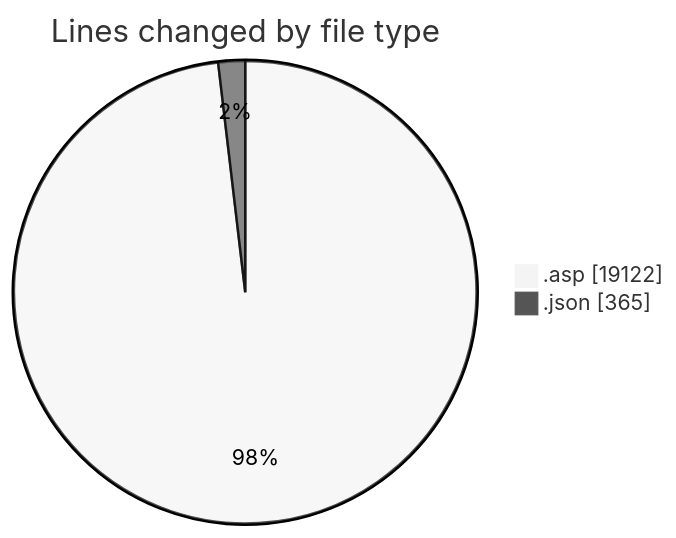
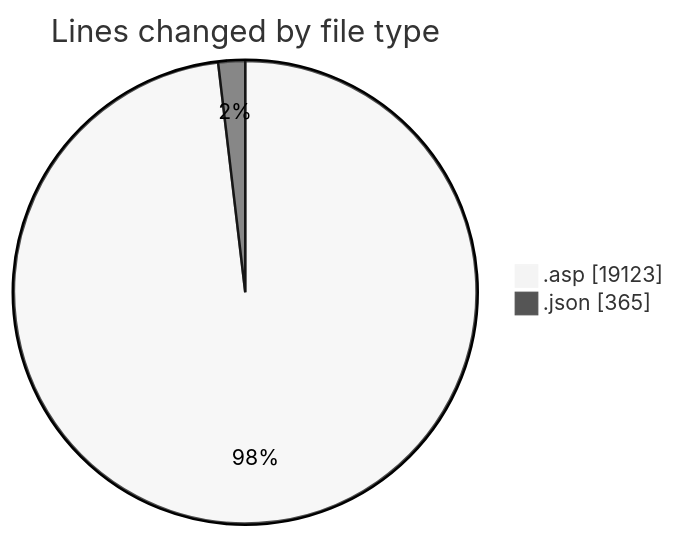
Before and after one commit to julien-gomy/code-tracking: the first of 2 diagrams in 2025-11-01/cdp_aleoudev_fr__workspace_/README.md, drawn with Mermaid (neutral theme). The commit also changed other lines of this file and 1 other file, not shown here.

````diff
--- a/2025-11-01/cdp_aleoudev_fr__workspace_/README.md
+++ b/2025-11-01/cdp_aleoudev_fr__workspace_/README.md
@@ -28,6 +28,6 @@
 ```mermaid
 pie showData
 title Lines changed by file type
-".asp" : 19122
+".asp" : 19123
 ".json" : 365
 ```
````
